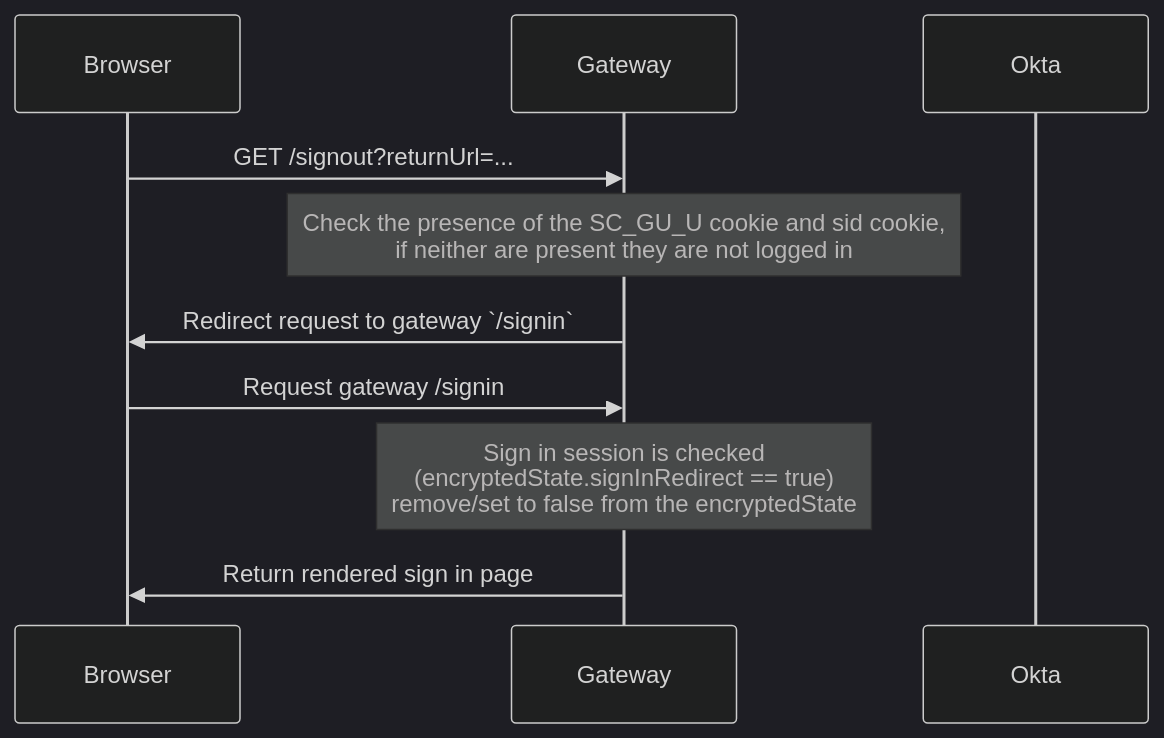
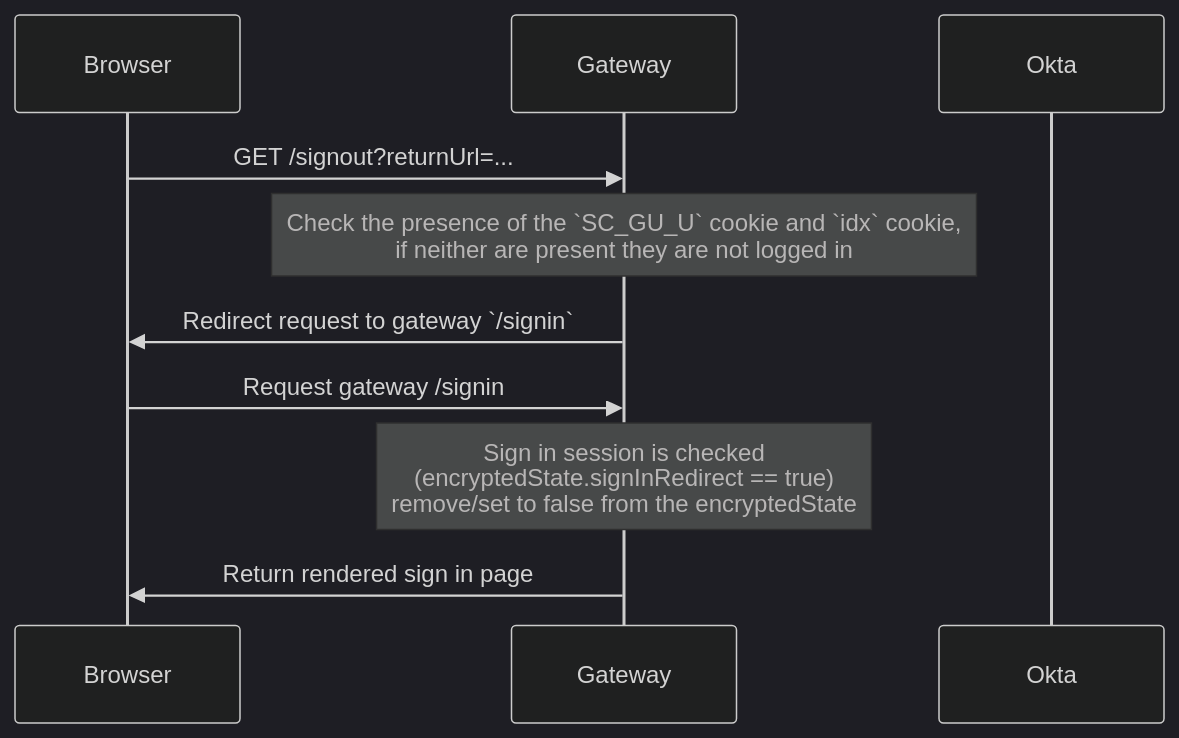
The second of 2 diagrams in docs/okta/signout.md (guardian/gateway), drawn with Mermaid (dark theme) before and after one commit. The commit also changed other lines of this file and 11 other files, not shown here.

Commit message:
refactor(okta): switch from `sid` cookie to `idx` cookie in tests and documentation

````diff
--- a/docs/okta/signout.md
+++ b/docs/okta/signout.md
@@ -47,12 +47,12 @@
 ```mermaid
 sequenceDiagram
   participant Browser
   participant Gateway
   participant Okta
   Browser->>Gateway: GET /signout?returnUrl=...
-  note over Gateway: Check the presence of the SC_GU_U cookie and sid cookie, <br/>if neither are present they are not logged in
+  note over Gateway: Check the presence of the `SC_GU_U` cookie and `idx` cookie, <br/>if neither are present they are not logged in
   Gateway->>Browser: Redirect request to gateway `/signin`
   Browser->>Gateway: Request gateway /signin
   note over Gateway: Sign in session is checked<br/>(encryptedState.signInRedirect == true)<br>remove/set to false from the encryptedState
   Gateway->>Browser: Return rendered sign in page
 ```
````
